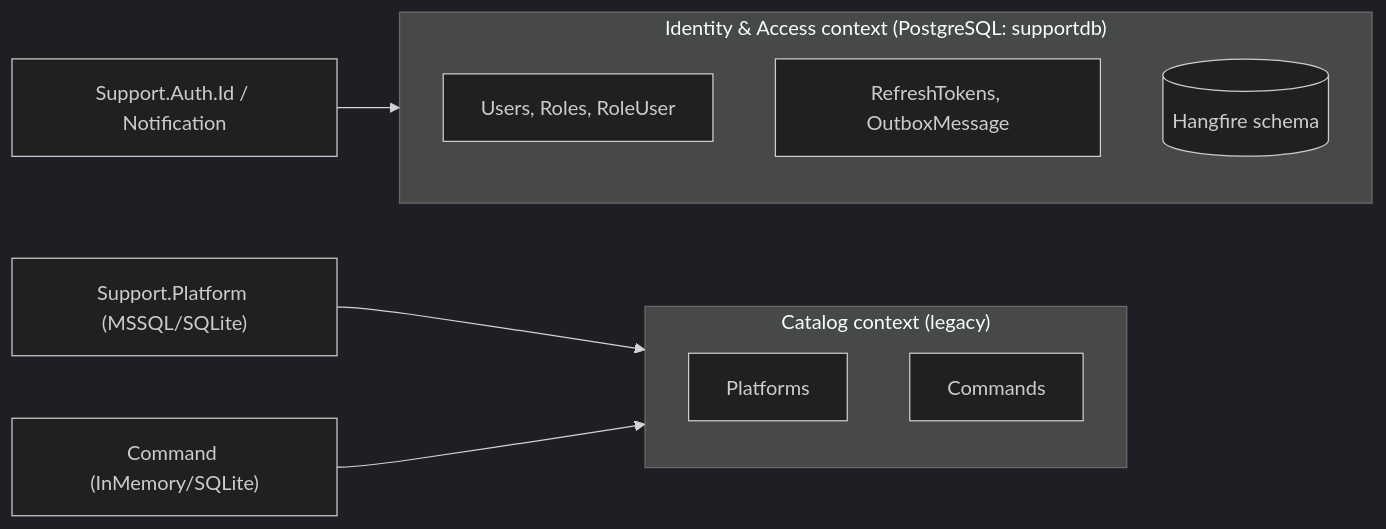
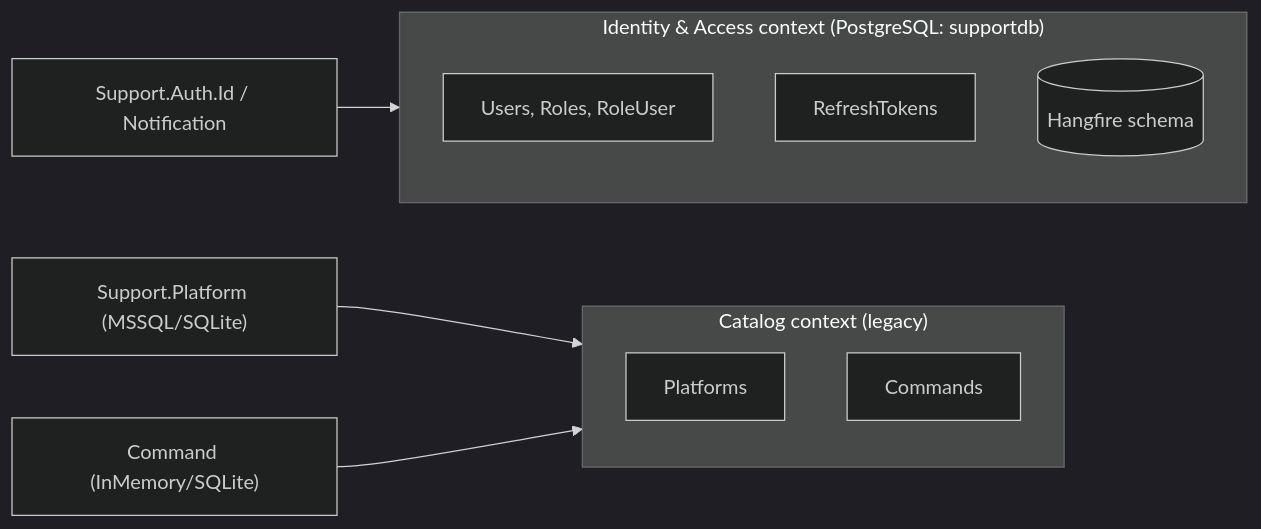
One commit to haddinz/S1 changed the first of 5 diagrams in 01-DATABASE-MODEL.md. Above: the diagram before and after it, drawn with Mermaid (dark theme). The commit also changed other lines of this file, not shown here.

````diff
--- a/01-DATABASE-MODEL.md
+++ b/01-DATABASE-MODEL.md
@@ -15,17 +15,17 @@
 ```mermaid
 flowchart LR
   subgraph IAM["Identity & Access context (PostgreSQL: supportdb)"]
     direction TB
     A1[Users, Roles, RoleUser]
-    A2[RefreshTokens, OutboxMessage]
+    A2[RefreshTokens]
     A3[(Hangfire schema)]
   end
   subgraph CAT["Catalog context (legacy)"]
     direction TB
     B1[Platforms]
     B2[Commands]
   end
   AUTH["Support.Auth.Id / Notification"] --> IAM
   PLAT["Support.Platform (MSSQL/SQLite)"] --> CAT
   CMD["Command (InMemory/SQLite)"] --> CAT
 ```
````
